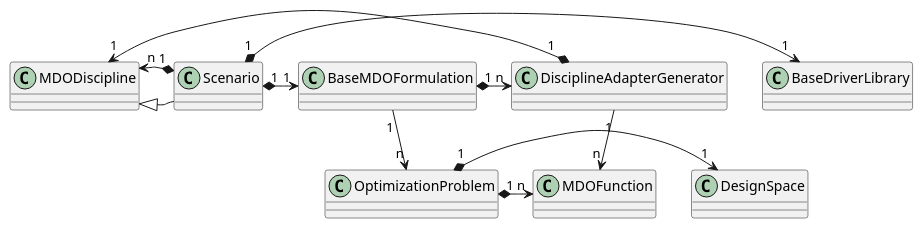
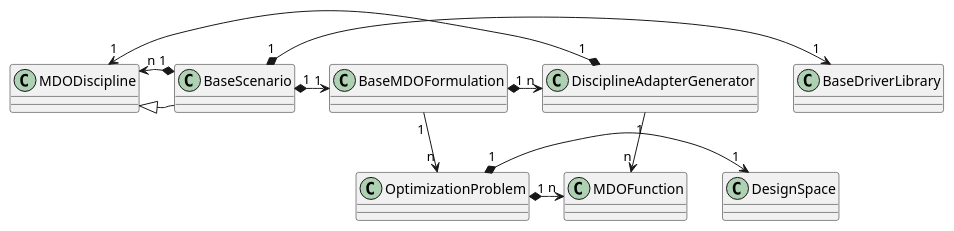
The second of 5 diagrams in doc_src/software/system_architecture.rst (gemseo/gemseo), drawn with PlantUML before and after one commit. The commit also changed other lines of this file and 178 other files, not shown here.

Commit message:
feat: rename Scenario to BaseScenario + execution method

```diff
--- a/doc_src/software/system_architecture.rst
+++ b/doc_src/software/system_architecture.rst
@@ -253,31 +253,31 @@
 .. uml::
 
    @startuml
-   class Scenario {
+   class BaseScenario {
    }
    class MDODiscipline {
    }
    class BaseMDOFormulation {
    }
    class OptimizationProblem {
    }
    class DesignSpace {
    }
    class DisciplineAdapterGenerator {
    }
    class MDOFunction {
    }
    class BaseDriverLibrary {
    }
 
-   MDODiscipline <|- Scenario
-   Scenario "1" *-> "n" MDODiscipline
-   Scenario "1" *-> "1" BaseMDOFormulation
+   MDODiscipline <|- BaseScenario
+   BaseScenario "1" *-> "n" MDODiscipline
+   BaseScenario "1" *-> "1" BaseMDOFormulation
    BaseMDOFormulation "1" --> "n" OptimizationProblem
    DisciplineAdapterGenerator "1" --> "n" MDOFunction
    DisciplineAdapterGenerator "1" *-> "1" MDODiscipline
-   Scenario "1" *-> "1" BaseDriverLibrary
+   BaseScenario "1" *-> "1" BaseDriverLibrary
    OptimizationProblem "1" *-> "1" DesignSpace
    OptimizationProblem "1" *-> "n" MDOFunction
    BaseMDOFormulation "1" *-> "n" DisciplineAdapterGenerator
    @end uml
```
